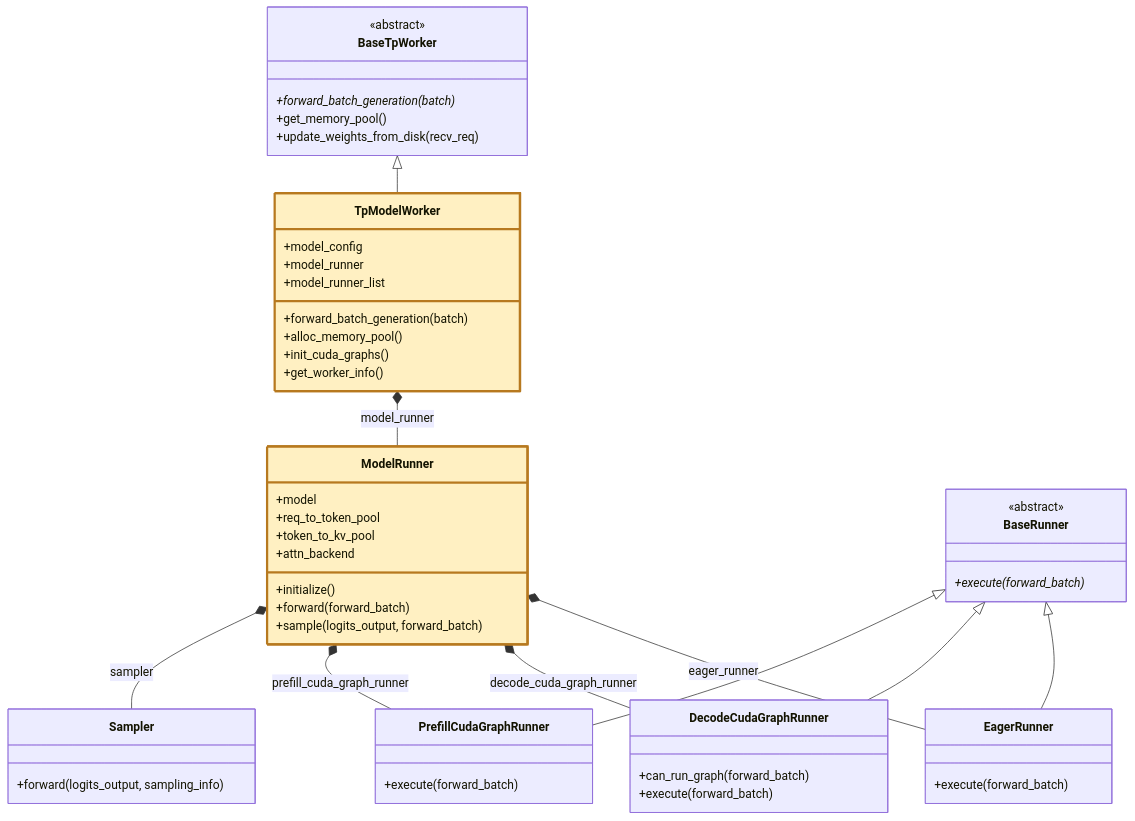
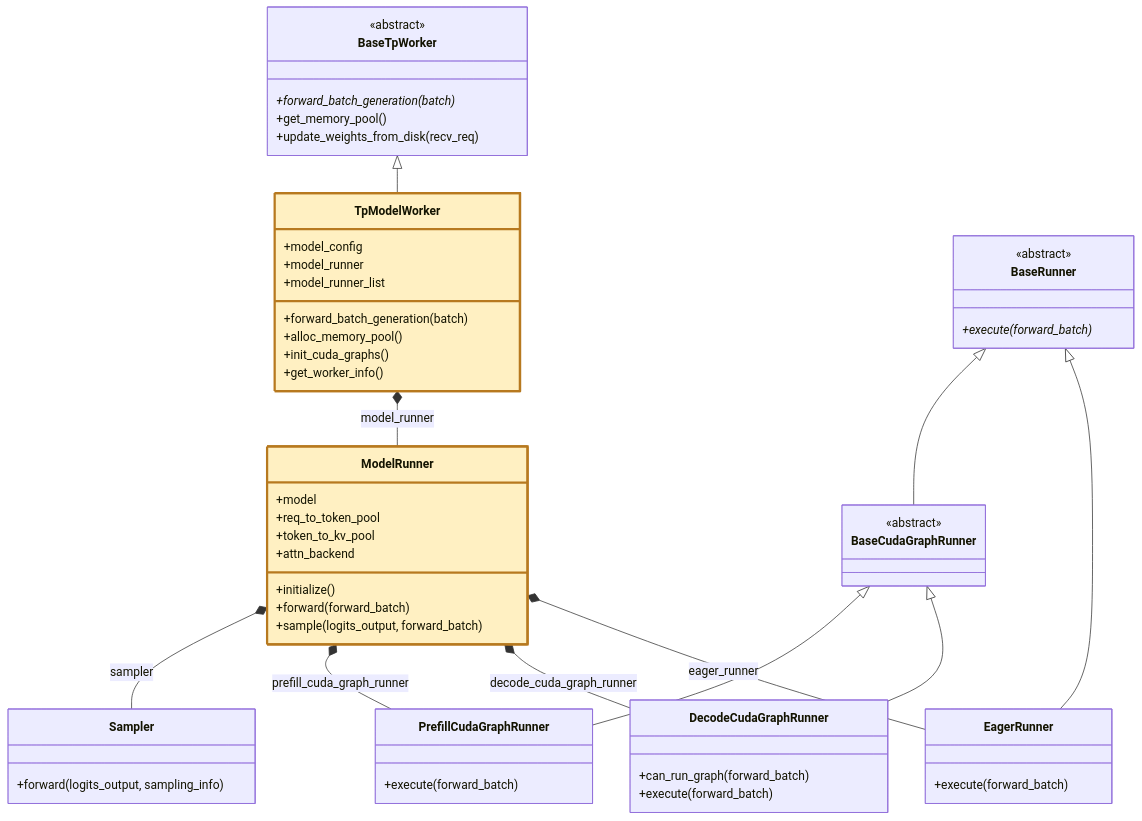
One commit to dugenkui03/sglang changed the fourth of 4 diagrams in user_guide_zh/核心组件五：TpModelWorker与ModelRunner.md. Above: the diagram before and after it, drawn with Mermaid. The commit also changed other lines of this file, not shown here.

First line of the commit message:
docs: correct details in TpModelWorker and ModelRunner guide

````diff
--- a/user_guide_zh/核心组件五：TpModelWorker与ModelRunner.md
+++ b/user_guide_zh/核心组件五：TpModelWorker与ModelRunner.md
@@ -154,55 +154,59 @@
 ```mermaid
 classDiagram
     class BaseTpWorker {
         <<abstract>>
         +forward_batch_generation(batch)*
         +get_memory_pool()
         +update_weights_from_disk(recv_req)
     }
     class TpModelWorker {
         +model_config
         +model_runner
         +model_runner_list
         +forward_batch_generation(batch)
         +alloc_memory_pool()
         +init_cuda_graphs()
         +get_worker_info()
     }
     class ModelRunner {
         +model
         +req_to_token_pool
         +token_to_kv_pool
         +attn_backend
         +initialize()
         +forward(forward_batch)
         +sample(logits_output, forward_batch)
     }
     class BaseRunner {
         <<abstract>>
         +execute(forward_batch)*
     }
     class EagerRunner {
         +execute(forward_batch)
     }
+    class BaseCudaGraphRunner {
+        <<abstract>>
+    }
     class DecodeCudaGraphRunner {
         +can_run_graph(forward_batch)
         +execute(forward_batch)
     }
     class PrefillCudaGraphRunner {
         +execute(forward_batch)
     }
     class Sampler {
         +forward(logits_output, sampling_info)
     }
     BaseTpWorker <|-- TpModelWorker
     TpModelWorker *-- ModelRunner : model_runner
     ModelRunner *-- EagerRunner : eager_runner
     ModelRunner *-- DecodeCudaGraphRunner : decode_cuda_graph_runner
     ModelRunner *-- PrefillCudaGraphRunner : prefill_cuda_graph_runner
     ModelRunner *-- Sampler : sampler
     BaseRunner <|-- EagerRunner
-    BaseRunner <|-- DecodeCudaGraphRunner
-    BaseRunner <|-- PrefillCudaGraphRunner
+    BaseRunner <|-- BaseCudaGraphRunner
+    BaseCudaGraphRunner <|-- DecodeCudaGraphRunner
+    BaseCudaGraphRunner <|-- PrefillCudaGraphRunner
     style TpModelWorker fill:#fff0c2,stroke:#b7791f,stroke-width:3px
     style ModelRunner fill:#fff0c2,stroke:#b7791f,stroke-width:3px
 ```
````
